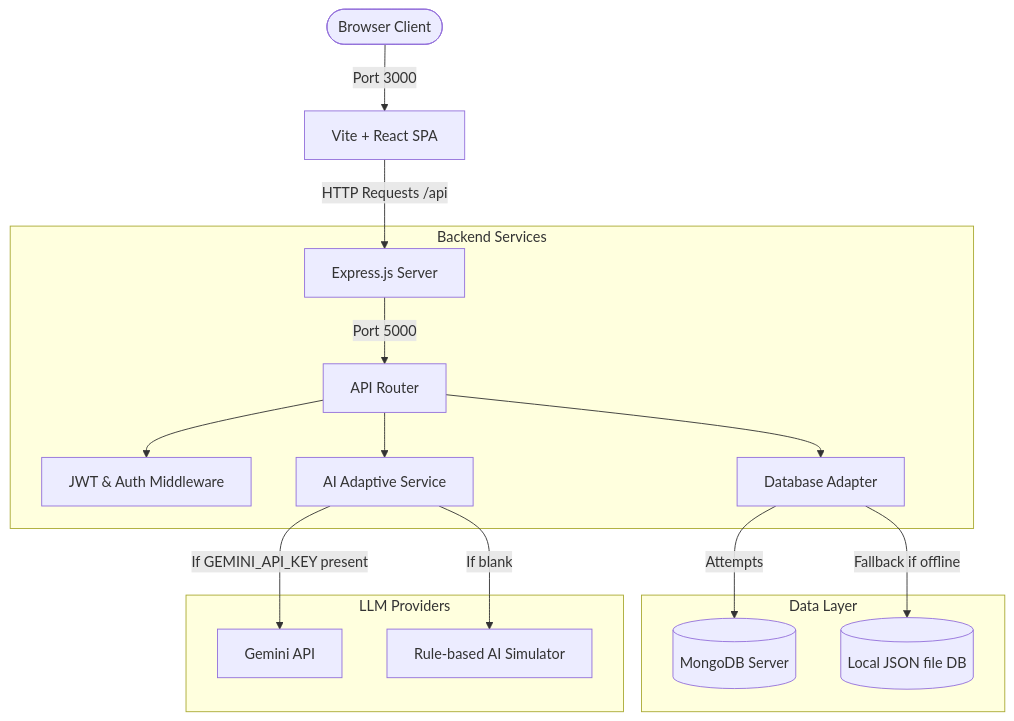
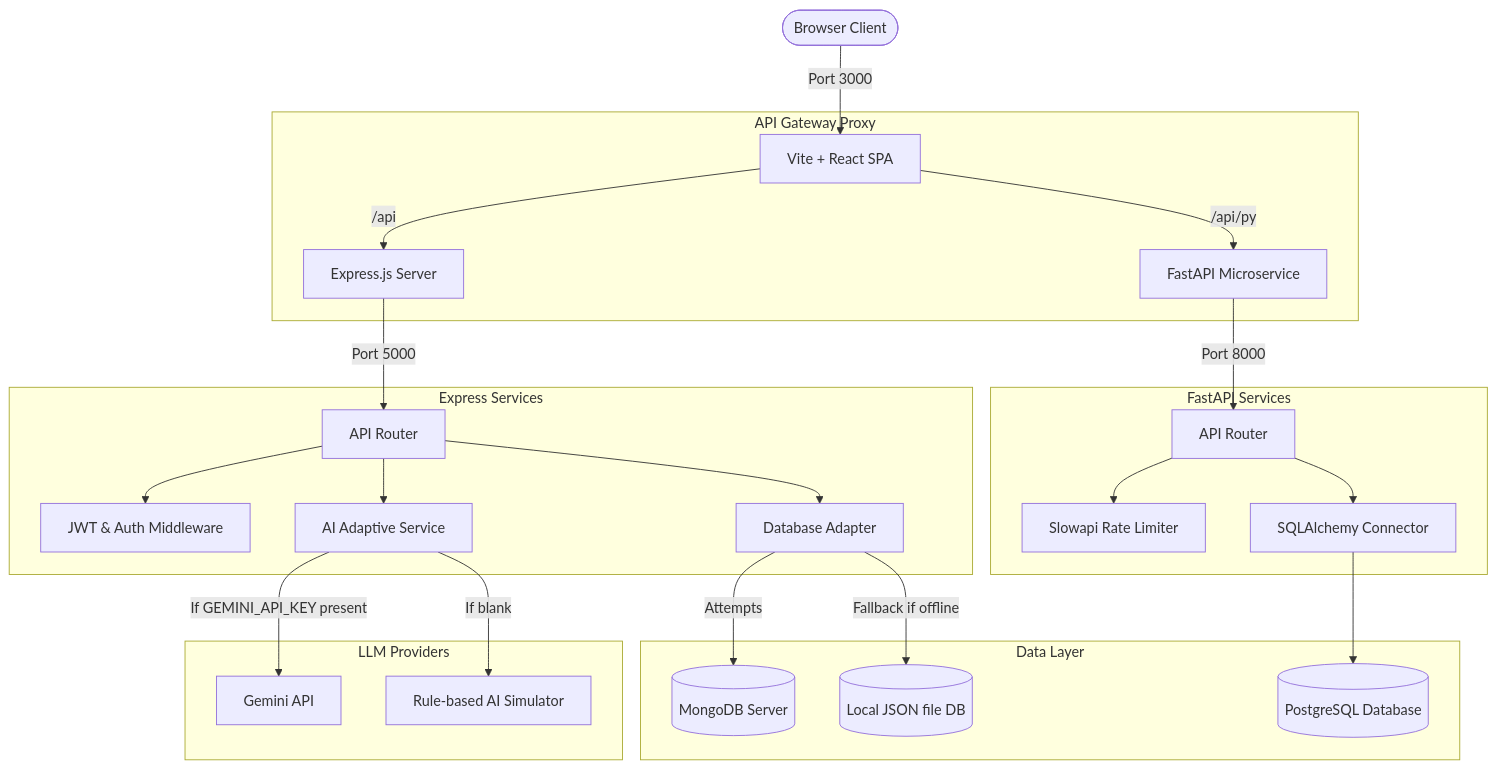
Before and after one commit to subhani12344/career-gps-ai: the first of 2 diagrams in career-gps-ai/docs/architecture.md, drawn with Mermaid. The commit also changed other lines of this file and 12 other files, not shown here.

````diff
--- a/career-gps-ai/docs/architecture.md
+++ b/career-gps-ai/docs/architecture.md
@@ -7,22 +7,33 @@
 ```mermaid
 graph TD
     User([Browser Client]) -->|Port 3000| Frontend[Vite + React SPA]
-    Frontend -->|HTTP Requests /api| Backend[Express.js Server]
     
-    subgraph Backend Services
-        Backend -->|Port 5000| API[API Router]
-        API --> Auth[JWT & Auth Middleware]
-        API --> AIService[AI Adaptive Service]
-        API --> DBConn[Database Adapter]
+    subgraph API Gateway Proxy
+        Frontend -->|/api| ExpressBackend[Express.js Server]
+        Frontend -->|/api/py| FastApiBackend[FastAPI Microservice]
+    end
+    
+    subgraph Express Services
+        ExpressBackend -->|Port 5000| ExpressAPI[API Router]
+        ExpressAPI --> Auth[JWT & Auth Middleware]
+        ExpressAPI --> AIService[AI Adaptive Service]
+        ExpressAPI --> DBConn[Database Adapter]
+    end
+
+    subgraph FastAPI Services
+        FastApiBackend -->|Port 8000| FastApiAPI[API Router]
+        FastApiAPI --> Slowapi[Slowapi Rate Limiter]
+        FastApiAPI --> SQLAlchemy[SQLAlchemy Connector]
     end
 
     subgraph Data Layer
         DBConn -->|Attempts| MongoDB[(MongoDB Server)]
         DBConn -->|Fallback if offline| JSONDB[(Local JSON file DB)]
+        SQLAlchemy --> PostgreSQL[(PostgreSQL Database)]
     end
 
     subgraph LLM Providers
         AIService -->|If GEMINI_API_KEY present| Gemini[Gemini API]
         AIService -->|If blank| AI_Sim[Rule-based AI Simulator]
     end
 ```
````
